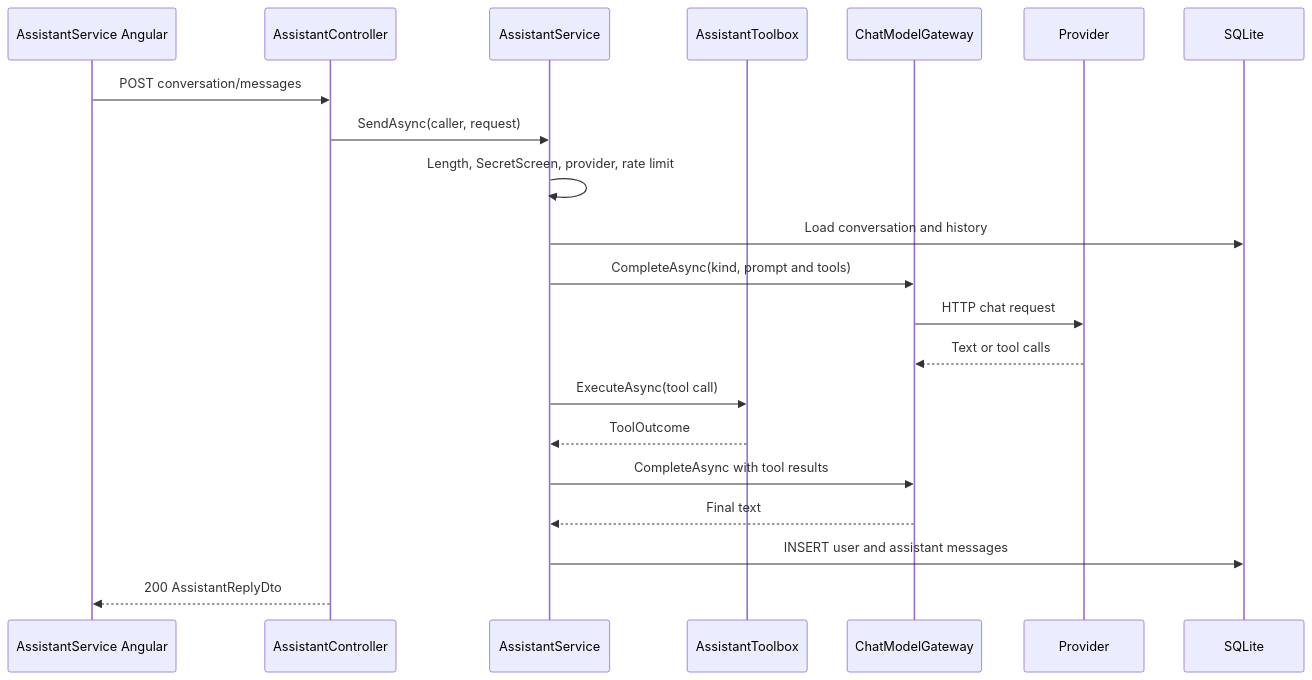
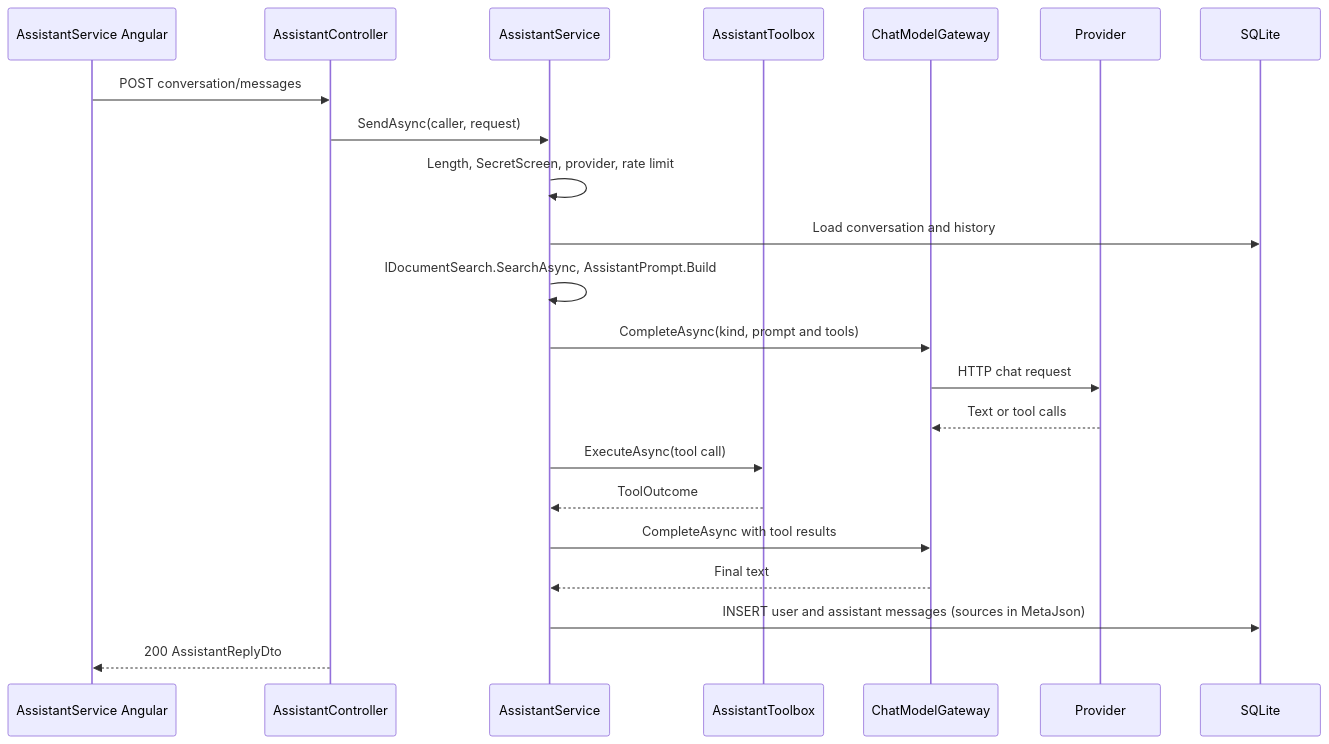
One commit to jojogeorge3344/TaskFlow-Project changed the third of 14 diagrams in TF - Documents/TF - LLD/08-TFA-Assistant/08.1-Assistant/LLD-Assistant.md. Above: the diagram before and after it, drawn with Mermaid. The commit also changed other lines of this file and 123 other files, not shown here.

````diff
--- a/TF - Documents/TF - LLD/08-TFA-Assistant/08.1-Assistant/LLD-Assistant.md
+++ b/TF - Documents/TF - LLD/08-TFA-Assistant/08.1-Assistant/LLD-Assistant.md
@@ -324,23 +370,24 @@
 ```mermaid
 sequenceDiagram
   participant UI as AssistantService Angular
   participant C as AssistantController
   participant S as AssistantService
   participant T as AssistantToolbox
   participant G as ChatModelGateway
   participant P as Provider
   participant DB as SQLite
   UI->>C: POST conversation/messages
   C->>S: SendAsync(caller, request)
   S->>S: Length, SecretScreen, provider, rate limit
   S->>DB: Load conversation and history
+  S->>S: IDocumentSearch.SearchAsync, AssistantPrompt.Build
   S->>G: CompleteAsync(kind, prompt and tools)
   G->>P: HTTP chat request
   P-->>G: Text or tool calls
   S->>T: ExecuteAsync(tool call)
   T-->>S: ToolOutcome
   S->>G: CompleteAsync with tool results
   G-->>S: Final text
-  S->>DB: INSERT user and assistant messages
+  S->>DB: INSERT user and assistant messages (sources in MetaJson)
   C-->>UI: 200 AssistantReplyDto
 ```
````
